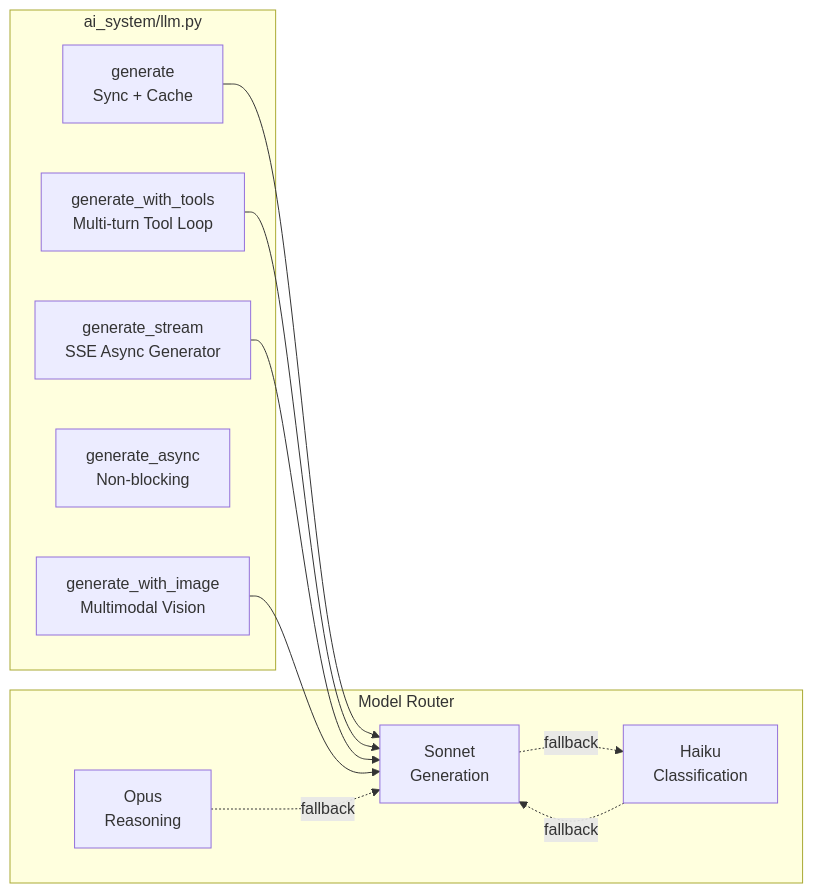
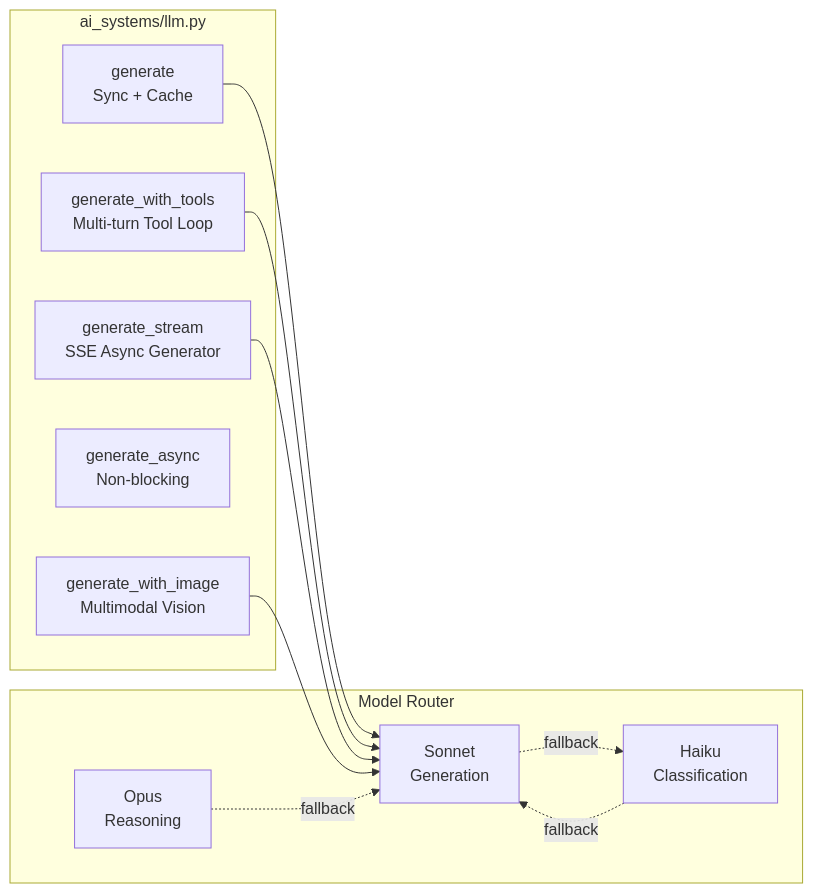
One commit to wchen-dea/Agentic-Operational-Intelligence-Platform changed the third of 3 diagrams in docs/system_overview.md. Above: the diagram before and after it, drawn with Mermaid. The commit also changed other lines of this file and 88 other files, not shown here.

````diff
--- a/docs/system_overview.md
+++ b/docs/system_overview.md
@@ -94,24 +94,24 @@
 ```mermaid
 flowchart LR
-    subgraph "ai_system/llm.py"
+    subgraph "ai_systems/llm.py"
         GEN[generate\nSync + Cache]
         TOOLS[generate_with_tools\nMulti-turn Tool Loop]
         STREAM[generate_stream\nSSE Async Generator]
         ASYNC[generate_async\nNon-blocking]
         VISION[generate_with_image\nMultimodal Vision]
     end
 
     subgraph "Model Router"
         HAIKU[Haiku\nClassification]
         SONNET[Sonnet\nGeneration]
         OPUS[Opus\nReasoning]
     end
 
     GEN --> SONNET
     TOOLS --> SONNET
     STREAM --> SONNET
     VISION --> SONNET
     HAIKU -.->|fallback| SONNET
     SONNET -.->|fallback| HAIKU
     OPUS -.->|fallback| SONNET
 ```
````
